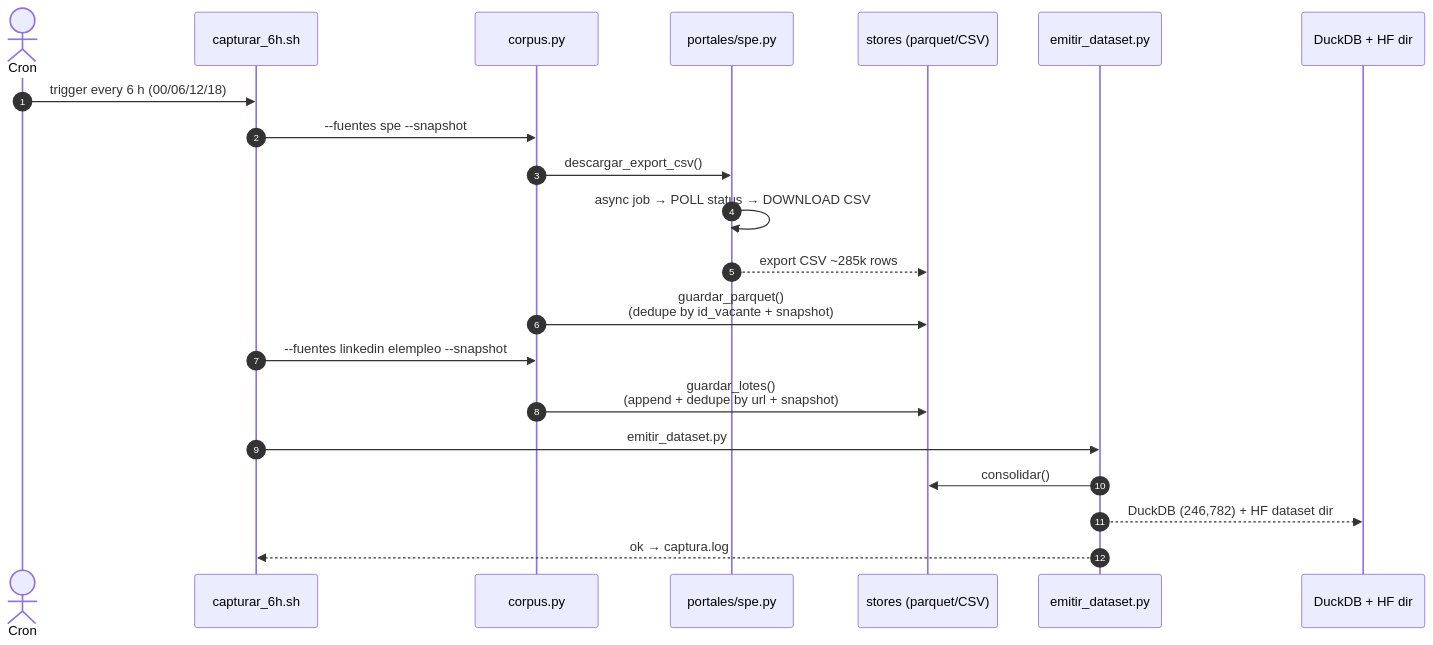
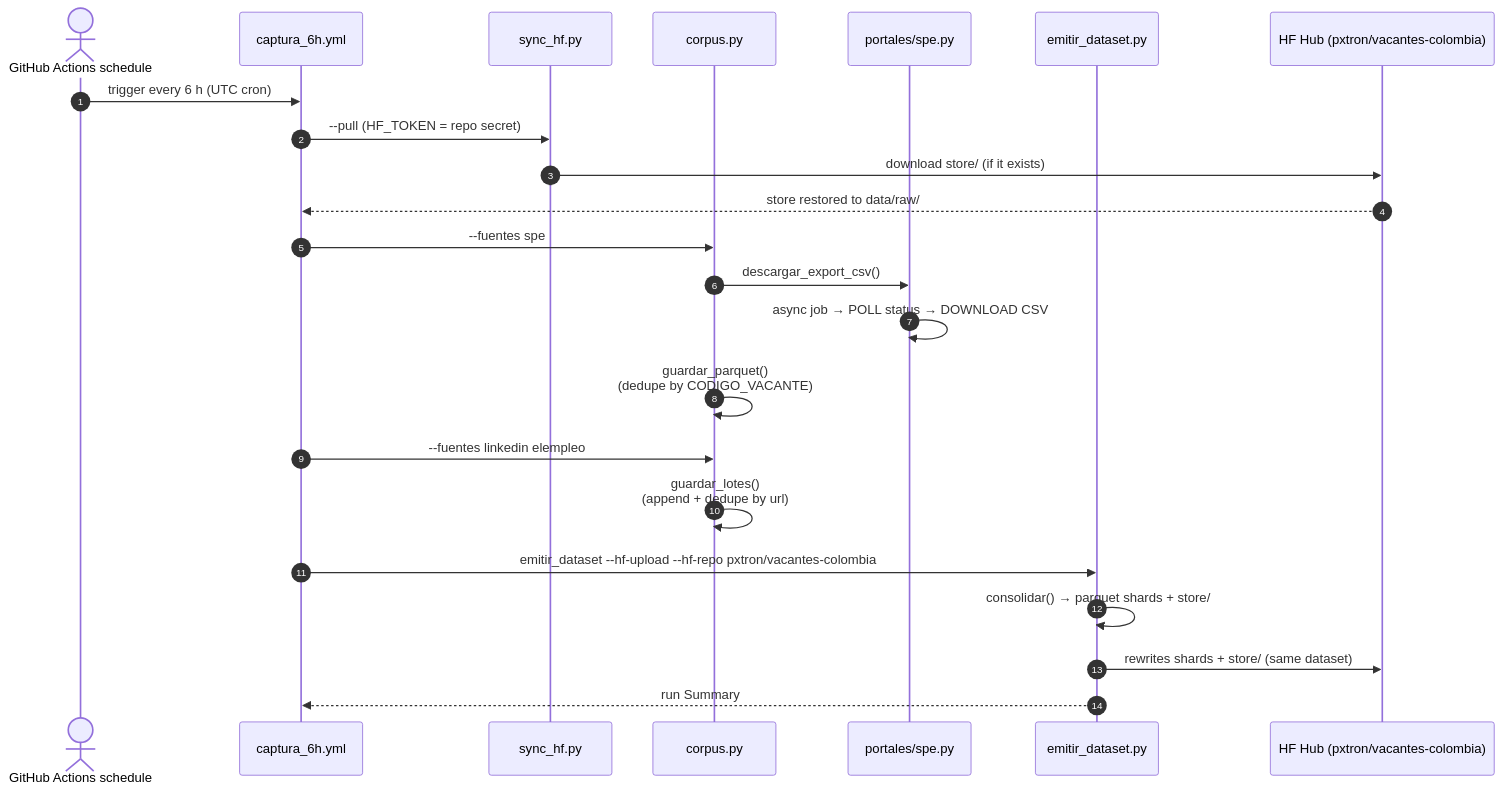
One commit to shalom-A26/SEXTANTE changed the third of 3 diagrams in README.en.md. Above: the diagram before and after it, drawn with Mermaid. The commit also changed other lines of this file and 8 other files, not shown here.

First line of the commit message:
feat: captura en GitHub Actions con Hugging Face como memoria persistente

````diff
--- a/README.en.md
+++ b/README.en.md
@@ -111,24 +105,26 @@
 ```mermaid
 sequenceDiagram
     autonumber
-    actor Cron
-    participant sh as capturar_6h.sh
+    actor Sched as GitHub Actions schedule
+    participant wf as captura_6h.yml
+    participant sy as sync_hf.py
     participant cp as corpus.py
     participant sp as portales/spe.py
-    participant raw as stores (parquet/CSV)
     participant em as emitir_dataset.py
-    participant out as DuckDB + HF dir
+    participant hub as HF Hub (pxtron/vacantes-colombia)
 
-    Cron->>sh: trigger every 6 h (00/06/12/18)
-    sh->>cp: --fuentes spe --snapshot
+    Sched->>wf: trigger every 6 h (UTC cron)
+    wf->>sy: --pull (HF_TOKEN = repo secret)
+    sy->>hub: download store/ (if it exists)
+    hub-->>wf: store restored to data/raw/
+    wf->>cp: --fuentes spe
     cp->>sp: descargar_export_csv()
     sp->>sp: async job → POLL status → DOWNLOAD CSV
-    sp-->>raw: export CSV ~285k rows
-    cp->>raw: guardar_parquet()<br/>(dedupe by id_vacante + snapshot)
-    sh->>cp: --fuentes linkedin elempleo --snapshot
-    cp->>raw: guardar_lotes()<br/>(append + dedupe by url + snapshot)
-    sh->>em: emitir_dataset.py
-    em->>raw: consolidar()
-    em-->>out: DuckDB (246,782) + HF dataset dir
-    em-->>sh: ok → captura.log
+    cp->>cp: guardar_parquet()<br/>(dedupe by CODIGO_VACANTE)
+    wf->>cp: --fuentes linkedin elempleo
+    cp->>cp: guardar_lotes()<br/>(append + dedupe by url)
+    wf->>em: emitir_dataset --hf-upload --hf-repo pxtron/vacantes-colombia
+    em->>em: consolidar() → parquet shards + store/
+    em->>hub: rewrites shards + store/ (same dataset)
+    em-->>wf: run Summary
 ```
````
